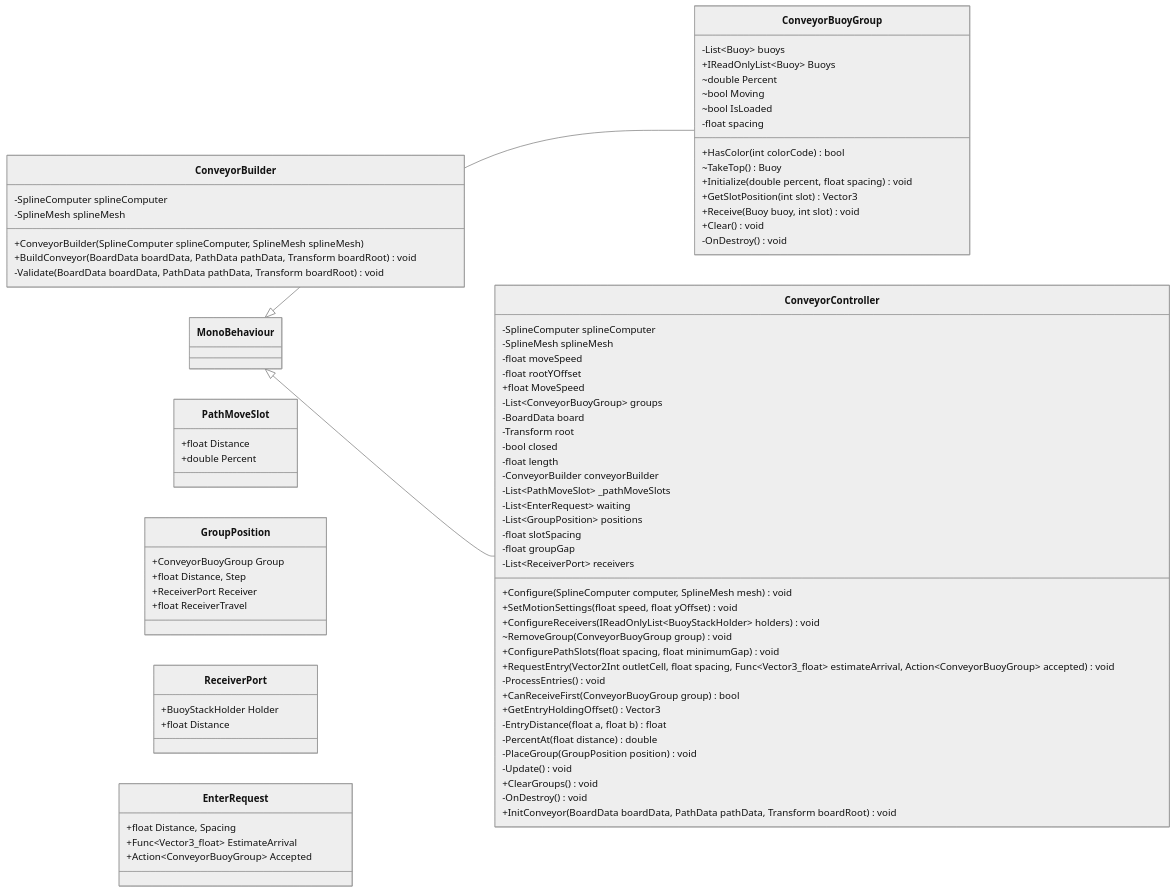
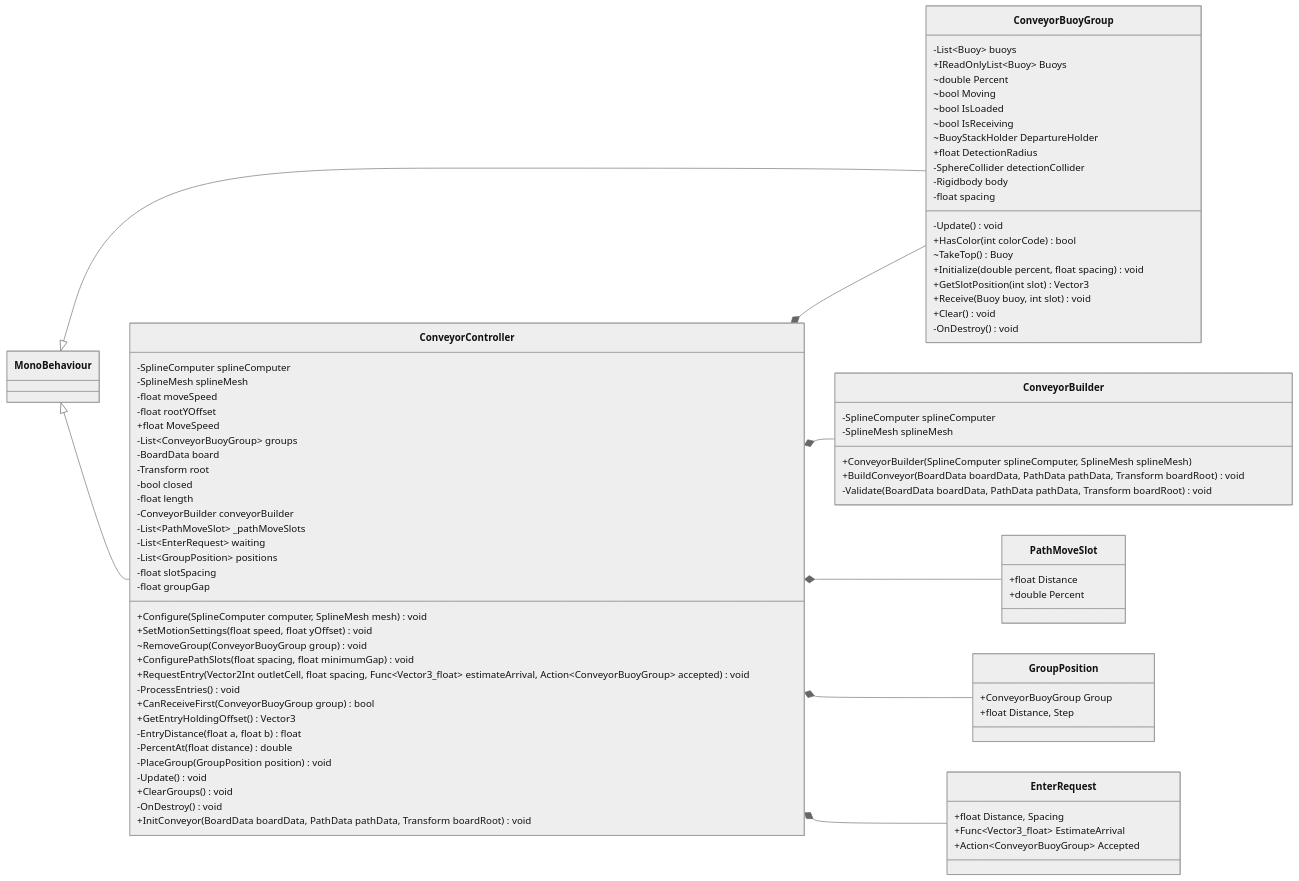
One commit to nchuoi2443/WaterConveyorSort changed the fourth of 7 diagrams in Docs/ClassDiagram.md. Above: the diagram before and after it, drawn with Mermaid (neutral theme). The commit also changed other lines of this file and 25 other files, not shown here.

Commit message:
fix logic change stack in mutiple stack holder

````diff
--- a/Docs/ClassDiagram.md
+++ b/Docs/ClassDiagram.md
@@ -577,6 +632,12 @@
     ~double Percent
     ~bool Moving
     ~bool IsLoaded
+    ~bool IsReceiving
+    ~BuoyStackHolder DepartureHolder
+    +float DetectionRadius
+    -SphereCollider detectionCollider
+    -Rigidbody body
+    -Update() void
     +HasColor(int colorCode) bool
     ~TakeTop() Buoy
     -float spacing
@@ -606,8 +667,6 @@
     -List~GroupPosition~ positions
     -float slotSpacing
     -float groupGap
-    -List~ReceiverPort~ receivers
-    +ConfigureReceivers(IReadOnlyList~BuoyStackHolder~ holders) void
     ~RemoveGroup(ConveyorBuoyGroup group) void
     +ConfigurePathSlots(float spacing, float minimumGap) void
     +RequestEntry(Vector2Int outletCell, float spacing, Func~Vector3_float~ estimateArrival, Action~ConveyorBuoyGroup~ accepted) void
@@ -630,16 +689,15 @@
 class GroupPosition {
     +ConveyorBuoyGroup Group
     +float Distance, Step
-    +ReceiverPort Receiver
-    +float ReceiverTravel
-}
-class ReceiverPort {
-    +BuoyStackHolder Holder
-    +float Distance
 }
 class EnterRequest {
     +float Distance, Spacing
     +Func~Vector3_float~ EstimateArrival
     +Action~ConveyorBuoyGroup~ Accepted
 }
+ConveyorController *-- ConveyorBuilder
+ConveyorController *-- ConveyorBuoyGroup
+ConveyorController *-- PathMoveSlot
+ConveyorController *-- GroupPosition
+ConveyorController *-- EnterRequest
 ```
````
